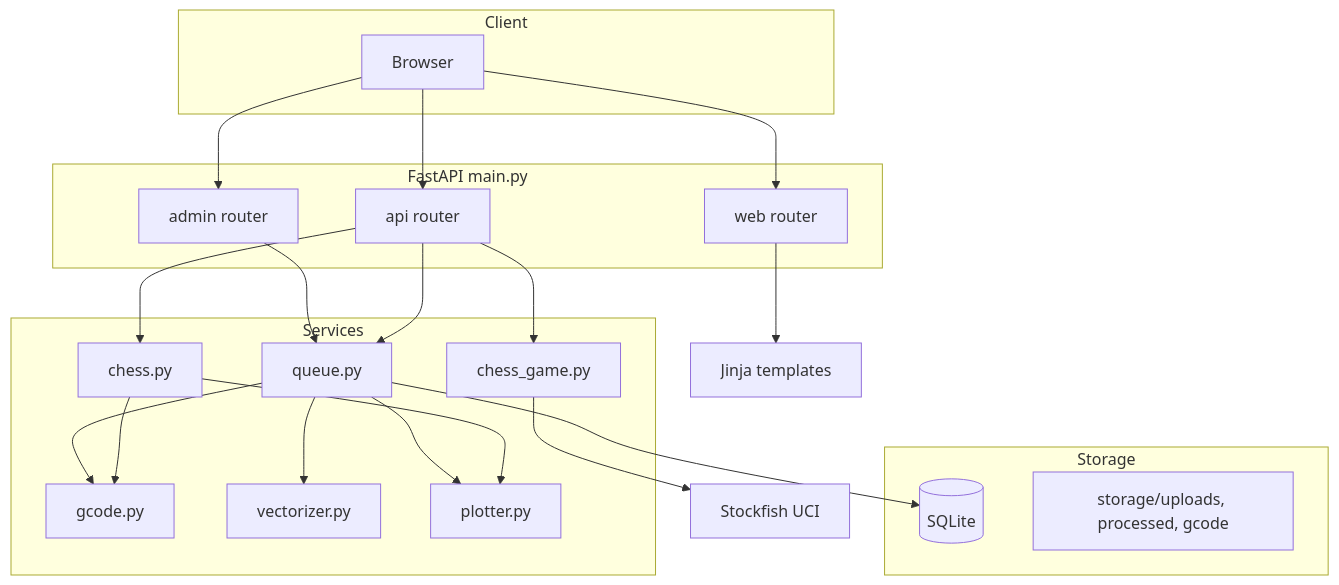
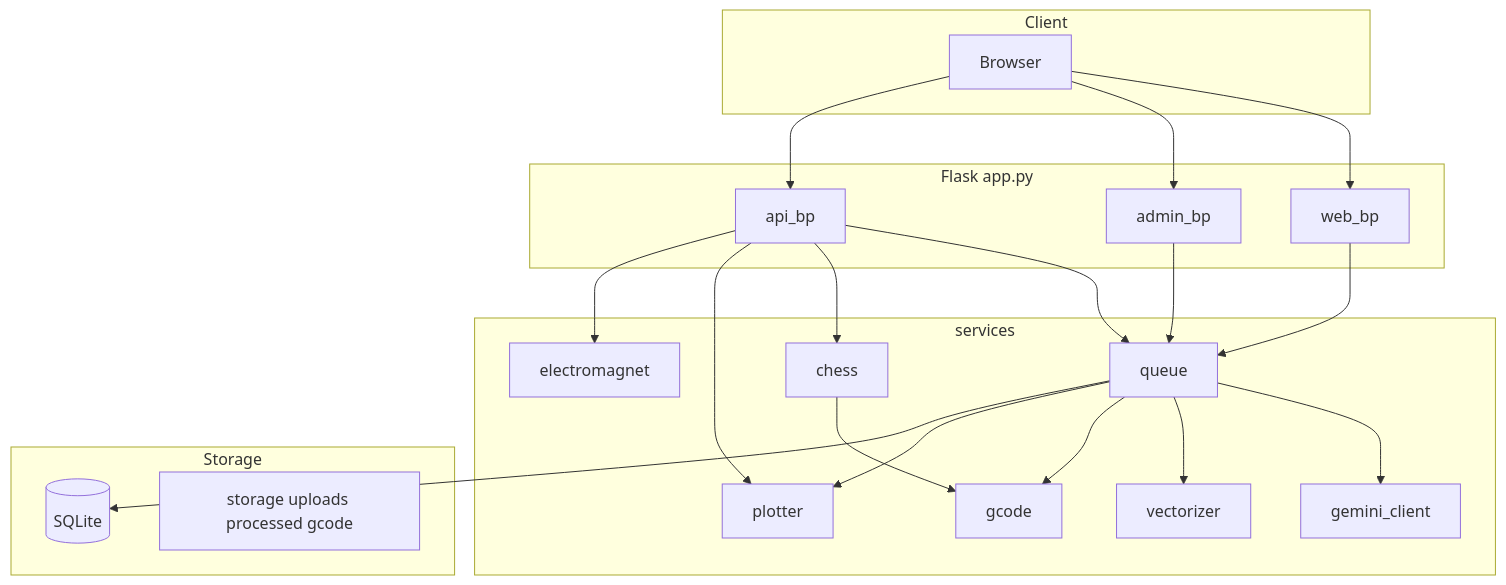
The diagram in CLAUDE.md (xl0garithm/ai_plotter), drawn with Mermaid before and after one commit. The commit also changed other lines of this file and 28 other files, not shown here.

````diff
--- a/CLAUDE.md
+++ b/CLAUDE.md
@@ -51,42 +50,39 @@
 ```mermaid
 flowchart TB
     subgraph Client [Client]
         Browser[Browser]
     end
-
-    subgraph FastAPI [FastAPI main.py]
-        Web[web router]
-        Admin[admin router]
-        API[api router]
+    subgraph FlaskApp [Flask app.py]
+        Web[web_bp]
+        Admin[admin_bp]
+        Api[api_bp]
     end
-
-    subgraph Services [Services]
-        Queue[queue.py]
-        ChessGame[chess_game.py]
-        Chess[chess.py]
-        Gcode[gcode.py]
-        Vectorizer[vectorizer.py]
-        Plotter[plotter.py]
+    subgraph Services [services]
+        Queue[queue]
+        Chess[chess]
+        Gcode[gcode]
+        Vectorizer[vectorizer]
+        Plotter[plotter]
+        Electromagnet[electromagnet]
+        Gemini[gemini_client]
     end
-
     subgraph Storage [Storage]
         DB[(SQLite)]
-        Files[storage/uploads, processed, gcode]
+        Files[storage uploads processed gcode]
     end
-
     Browser --> Web
     Browser --> Admin
-    Browser --> API
-    Web --> Templates[Jinja templates]
+    Browser --> Api
+    Web --> Queue
     Admin --> Queue
-    API --> Queue
-    API --> ChessGame
-    API --> Chess
+    Api --> Queue
+    Api --> Chess
+    Api --> Plotter
+    Api --> Electromagnet
+    Queue --> Gemini
     Queue --> Vectorizer
     Queue --> Gcode
     Queue --> Plotter
     Queue --> DB
     Chess --> Gcode
-    Chess --> Plotter
-    ChessGame --> Stockfish[Stockfish UCI]
 ```
````
